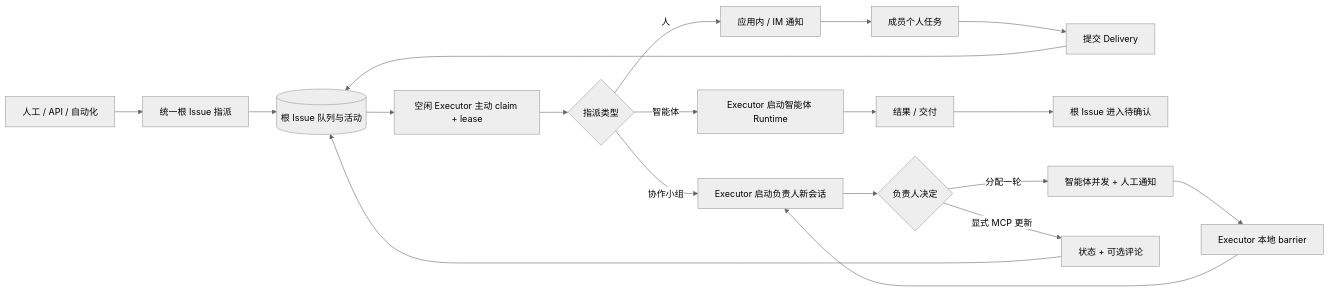
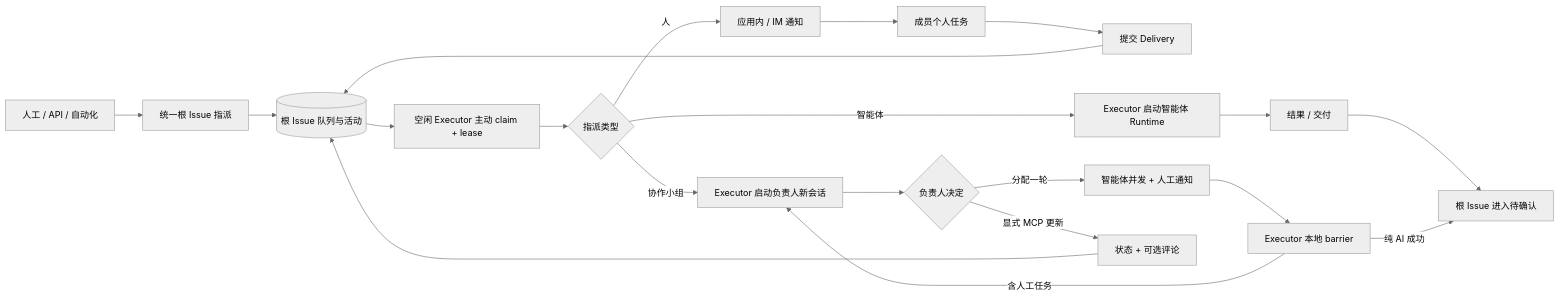
One commit to wecode-ai/Wegent changed the first of 4 diagrams in docs/zh/wegent/developer-guide/cloud-project-collaboration.md. Above: the diagram before and after it, drawn with Mermaid (neutral theme). The commit also changed other lines of this file and 94 other files, not shown here.

````diff
--- a/docs/zh/wegent/developer-guide/cloud-project-collaboration.md
+++ b/docs/zh/wegent/developer-guide/cloud-project-collaboration.md
@@ -138,21 +140,22 @@
 ```mermaid
 flowchart LR
     TRIGGER[人工 / API / 自动化] --> ASSIGN[统一根 Issue 指派]
     ASSIGN --> ROOT[(根 Issue 队列与活动)]
     ROOT --> CLAIM[空闲 Executor 主动 claim + lease]
     CLAIM --> KIND{指派类型}
     KIND -->|人| NOTICE[应用内 / IM 通知]
     NOTICE --> PERSONAL[成员个人任务]
     PERSONAL --> DELIVERY[提交 Delivery]
     DELIVERY --> ROOT
     KIND -->|智能体| AGENT[Executor 启动智能体 Runtime]
     AGENT --> RESULT[结果 / 交付]
     RESULT --> REVIEW[根 Issue 进入待确认]
     KIND -->|协作小组| MANAGER[Executor 启动负责人新会话]
     MANAGER --> PLAN{负责人决定}
     PLAN -->|分配一轮| BATCH[智能体并发 + 人工通知]
     BATCH --> BARRIER[Executor 本地 barrier]
-    BARRIER --> MANAGER
+    BARRIER -->|含人工任务| MANAGER
+    BARRIER -->|纯 AI 成功| REVIEW
     PLAN -->|显式 MCP 更新| STATUS[状态 + 可选评论]
     STATUS --> ROOT
 ```
````
